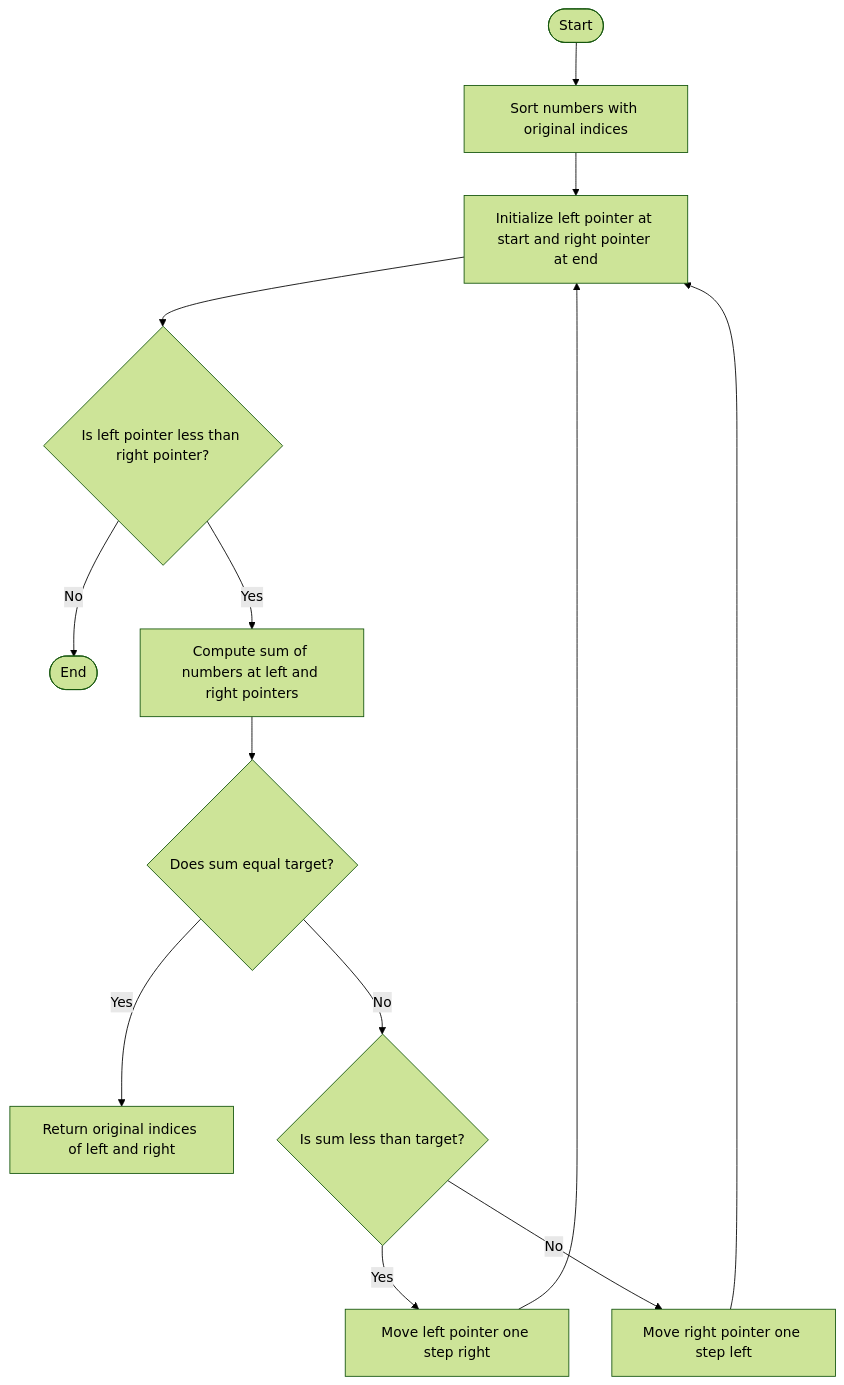
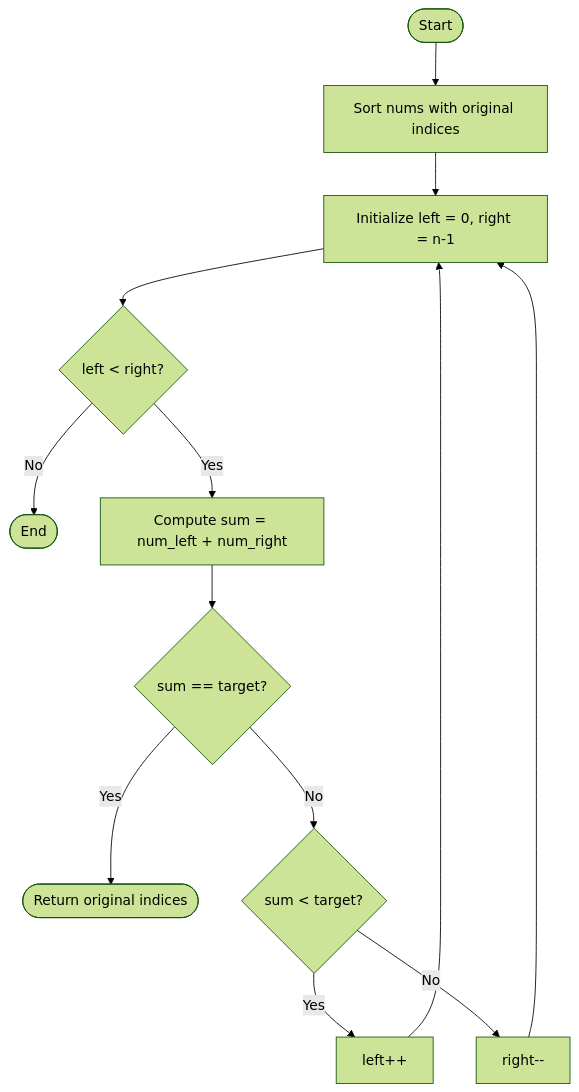
One commit to mkhlz/leetcode-solutions changed the second of 2 diagrams in 1-Two-Sum/README.md. Above: the diagram before and after it, drawn with Mermaid (forest theme). The commit also changed other lines of this file, not shown here.

````diff
--- a/1-Two-Sum/README.md
+++ b/1-Two-Sum/README.md
@@ -127,15 +113,15 @@
 ```mermaid
 flowchart TD
-    A([Start]) --> B[Sort numbers with original indices]
-    B --> C[Initialize left pointer at start and right pointer at end]
-    C --> D{Is left pointer less than right pointer?}
+    A([Start]) --> B[Sort nums with original indices]
+    B --> C[Initialize left = 0, right = n-1]
+    C --> D{left < right?}
     D -->|No| E([End])
-    D -->|Yes| F[Compute sum of numbers at left and right pointers]
-    F --> G{Does sum equal target?}
-    G -->|Yes| H[Return original indices of left and right]
-    G -->|No| I{Is sum less than target?}
-    I -->|Yes| J[Move left pointer one step right]
-    I -->|No| K[Move right pointer one step left]
+    D -->|Yes| F[Compute sum = num_left + num_right]
+    F --> G{sum == target?}
+    G -->|Yes| H([Return original indices])
+    G -->|No| I{sum < target?}
+    I -->|Yes| J[left++]
+    I -->|No| K[right--]
     J --> C
     K --> C
 ```
````
